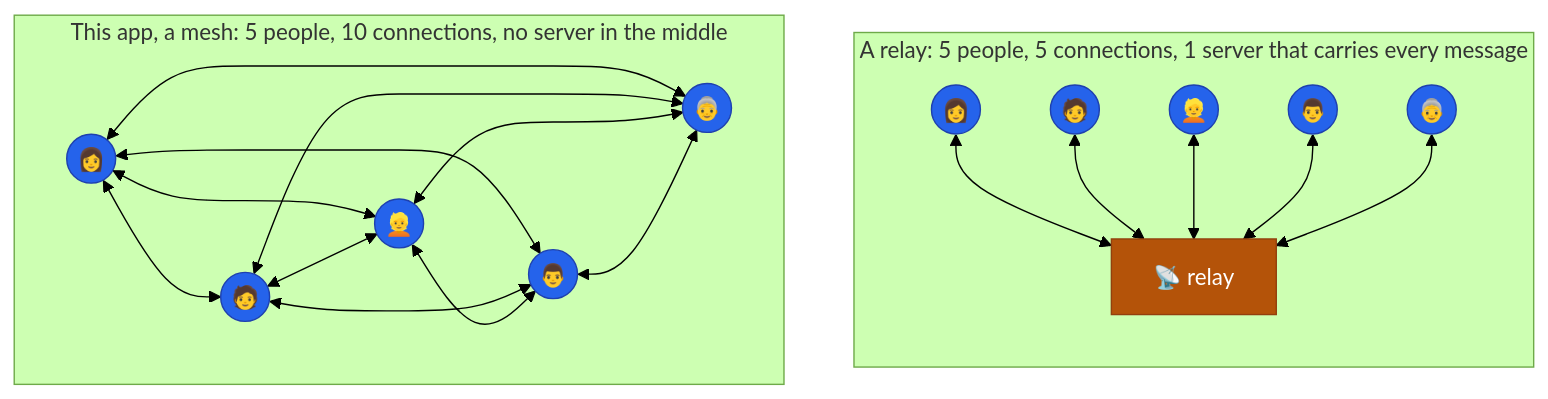
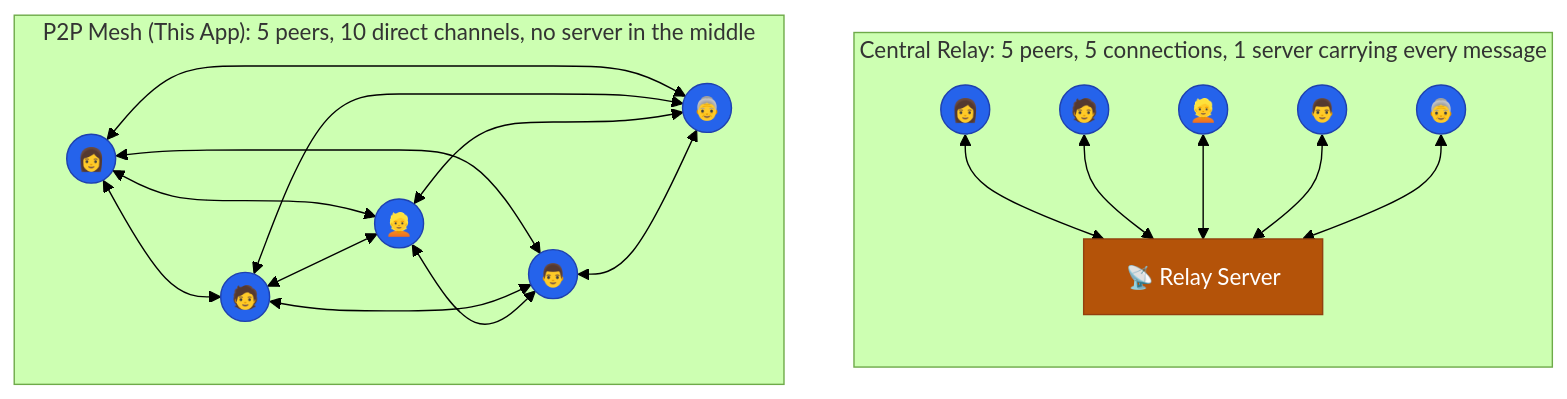
The sixth of 10 diagrams in README.md (LitHaxor/webRTC-mesh-chat), drawn with Mermaid (forest theme) before and after one commit. The commit also changed other lines of this file, not shown here.

````diff
--- a/README.md
+++ b/README.md
@@ -566,32 +338,32 @@
 ```mermaid
 flowchart LR
-  subgraph mesh["This app, a mesh: 5 people, 10 connections, no server in the middle"]
+  subgraph mesh["P2P Mesh (This App): 5 peers, 10 direct channels, no server in the middle"]
     direction LR
     A2(("👩")) <--> B2(("🧑"))
     A2 <--> C2(("👱"))
     A2 <--> D2(("👨"))
     A2 <--> E2(("👵"))
     B2 <--> C2
     B2 <--> D2
     B2 <--> E2
     C2 <--> D2
     C2 <--> E2
     D2 <--> E2
   end
-  subgraph relay["A relay: 5 people, 5 connections, 1 server that carries every message"]
+  subgraph relay["Central Relay: 5 peers, 5 connections, 1 server carrying every message"]
     direction TB
-    S3["📡 relay"]
+    S3["📡 Relay Server"]
     A3(("👩")) <--> S3
     B3(("🧑")) <--> S3
     C3(("👱")) <--> S3
     D3(("👨")) <--> S3
     E3(("👵")) <--> S3
   end
 
   mesh ~~~ relay
 
   classDef person fill:#2563eb,stroke:#1e40af,color:#ffffff
   classDef server fill:#b45309,stroke:#92400e,color:#ffffff
   class A2,B2,C2,D2,E2,A3,B3,C3,D3,E3 person
   class S3 server
 ```
````
